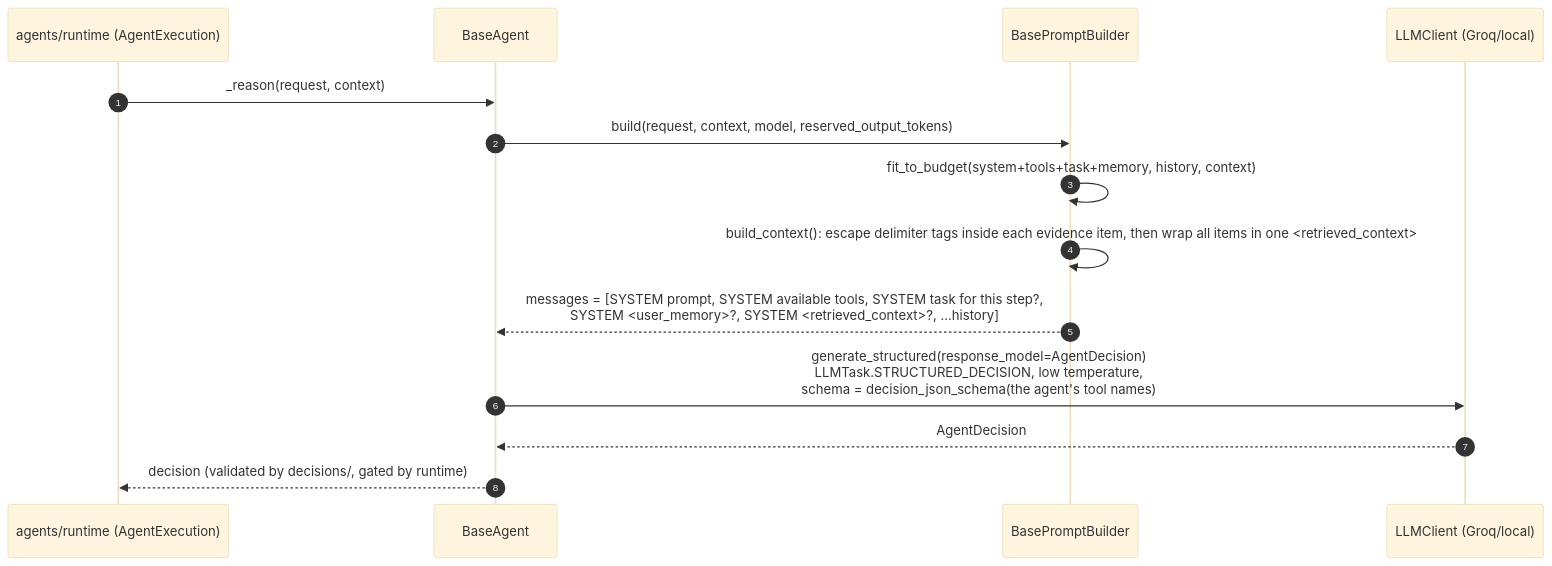
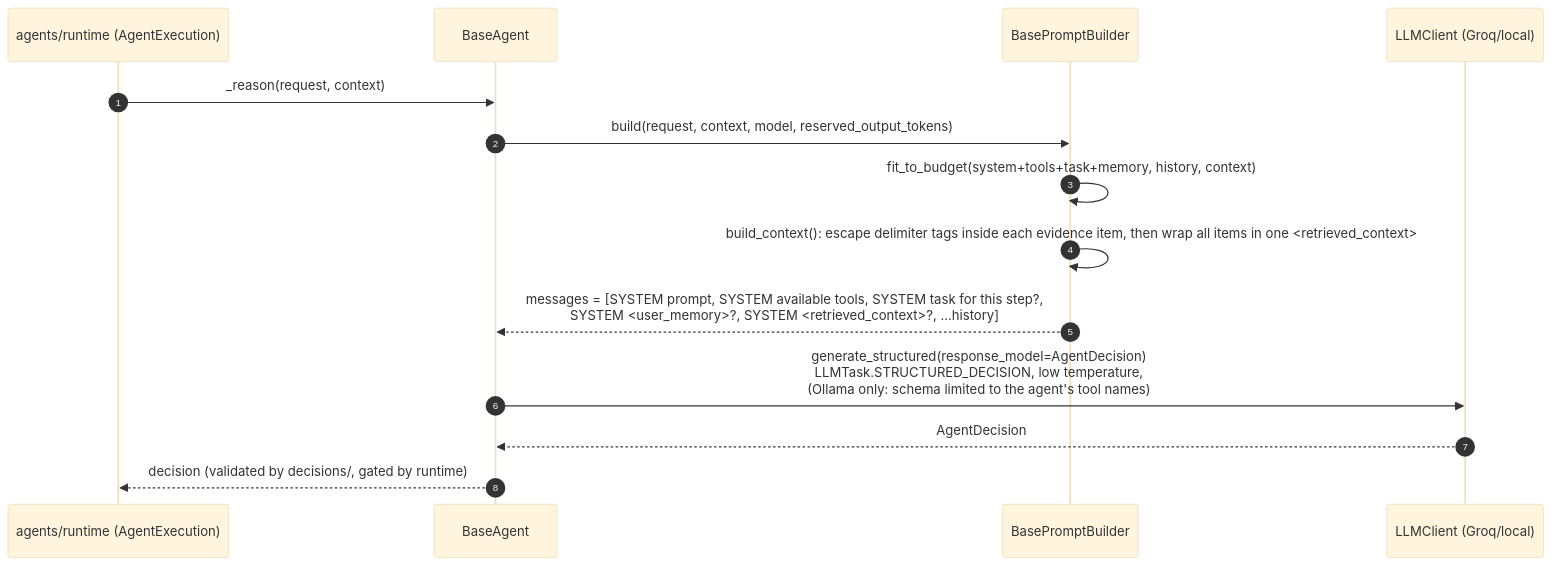
The diagram in server/src/agentic/agents/README.md (bharatkse/juris-ai), drawn with Mermaid (base theme) before and after one commit. The commit also changed other lines of this file and 19 other files, not shown here.

Commit message:
fix(agentic): bound agent LLM failover by the turn and graph deadlines, keep Groq's decision schema unchanged, and leave failover off by default

````diff
--- a/server/src/agentic/agents/README.md
+++ b/server/src/agentic/agents/README.md
@@ -32,17 +32,17 @@
 ```mermaid
 sequenceDiagram
     autonumber
     participant RT as agents/runtime (AgentExecution)
     participant A as BaseAgent
     participant PB as BasePromptBuilder
     participant LLM as LLMClient (Groq/local)
 
     RT->>A: _reason(request, context)
     A->>PB: build(request, context, model, reserved_output_tokens)
     PB->>PB: fit_to_budget(system+tools+task+memory, history, context)
     PB->>PB: build_context(): escape delimiter tags inside each evidence item, then wrap all items in one <retrieved_context>
     PB-->>A: messages = [SYSTEM prompt, SYSTEM available tools, SYSTEM task for this step?,<br/>SYSTEM <user_memory>?, SYSTEM <retrieved_context>?, ...history]
-    A->>LLM: generate_structured(response_model=AgentDecision)<br/>LLMTask.STRUCTURED_DECISION, low temperature,<br/>schema = decision_json_schema(the agent's tool names)
+    A->>LLM: generate_structured(response_model=AgentDecision)<br/>LLMTask.STRUCTURED_DECISION, low temperature,<br/>(Ollama only: schema limited to the agent's tool names)
     LLM-->>A: AgentDecision
     A-->>RT: decision (validated by decisions/, gated by runtime)
 ```
````
